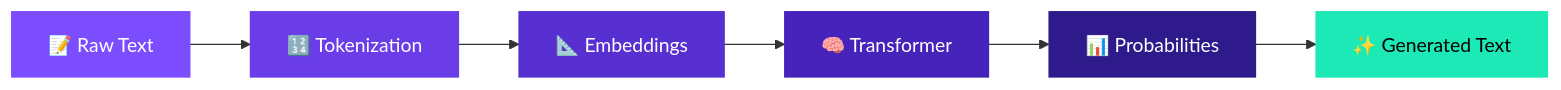
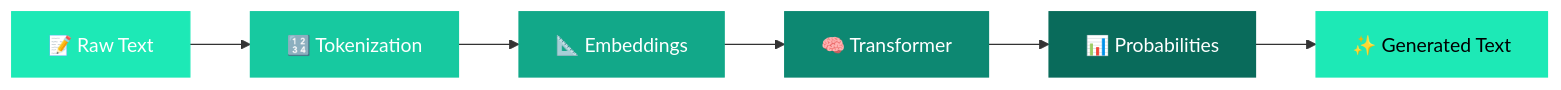
One commit to iamkhalid2/microgpt-course changed the diagram in docs/index.md. Above: the diagram before and after it, drawn with Mermaid. The commit also changed 23 other files, not shown here.

````diff
--- a/docs/index.md
+++ b/docs/index.md
@@ -25,15 +25,15 @@
 ```mermaid
 flowchart LR
     A["📝 Raw Text"] --> B["🔢 Tokenization"]
     B --> C["📐 Embeddings"]
     C --> D["🧠 Transformer"]
     D --> E["📊 Probabilities"]
     E --> F["✨ Generated Text"]
 
-    style A fill:#7c4dff,stroke:#7c4dff,color:#fff
-    style B fill:#6a3de8,stroke:#6a3de8,color:#fff
-    style C fill:#5830d1,stroke:#5830d1,color:#fff
-    style D fill:#4623ba,stroke:#4623ba,color:#fff
-    style E fill:#2e1a8a,stroke:#2e1a8a,color:#fff
+    style A fill:#1de9b6,stroke:#1de9b6,color:#fff
+    style B fill:#17c9a0,stroke:#17c9a0,color:#fff
+    style C fill:#12a889,stroke:#12a889,color:#fff
+    style D fill:#0d8872,stroke:#0d8872,color:#fff
+    style E fill:#096b5b,stroke:#096b5b,color:#fff
     style F fill:#1de9b6,stroke:#1de9b6,color:#000
 ```
````
